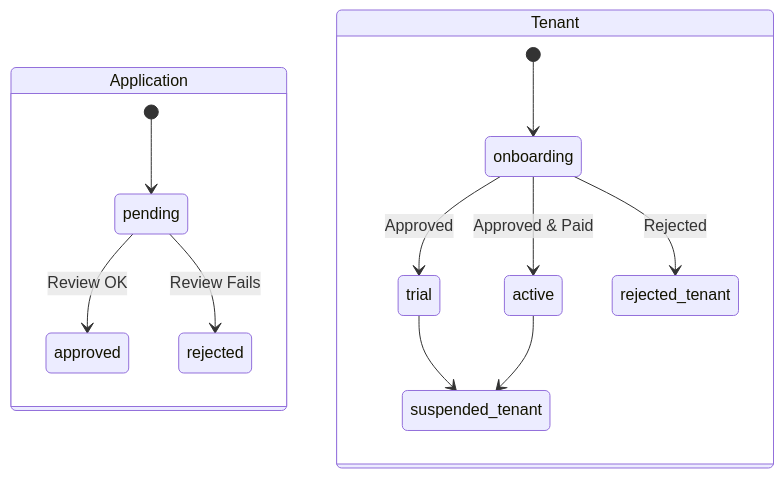
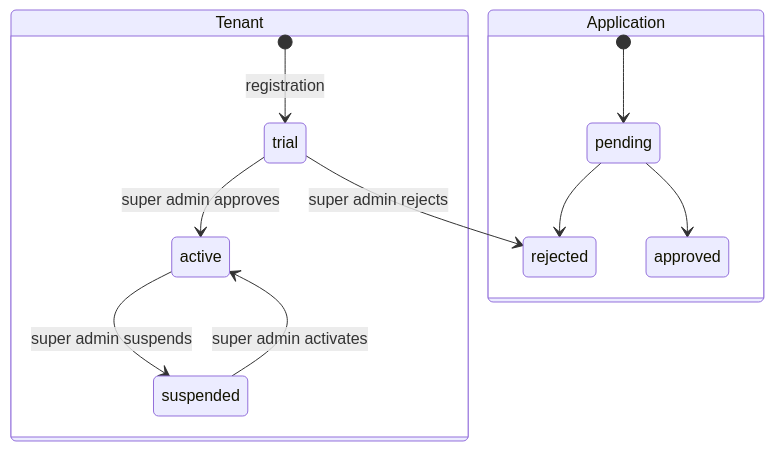
One commit to Ai-NativeLab/ServeOs changed the sixth of 8 diagrams in docs/flows/state-machines.md. Above: the diagram before and after it, drawn with Mermaid. The commit also changed other lines of this file and 1 other file, not shown here.

First line of the commit message:
docs(flows): rewrite sequence diagrams and state machines from the code

````diff
--- a/docs/flows/state-machines.md
+++ b/docs/flows/state-machines.md
@@ -200,18 +157,15 @@
 ```mermaid
 stateDiagram-v2
+    state Tenant {
+        [*] --> trial: registration
+        trial --> active: super admin approves
+        trial --> rejected: super admin rejects
+        active --> suspended: super admin suspends
+        suspended --> active: super admin activates
+    }
     state Application {
         [*] --> pending
-        pending --> approved: Review OK
-        pending --> rejected: Review Fails
-    }
-    
-    state Tenant {
-        [*] --> onboarding
-        onboarding --> trial: Approved
-        onboarding --> active: Approved & Paid
-        onboarding --> rejected_tenant: Rejected
-        
-        trial --> suspended_tenant
-        active --> suspended_tenant
+        pending --> approved
+        pending --> rejected
     }
 ```
````
